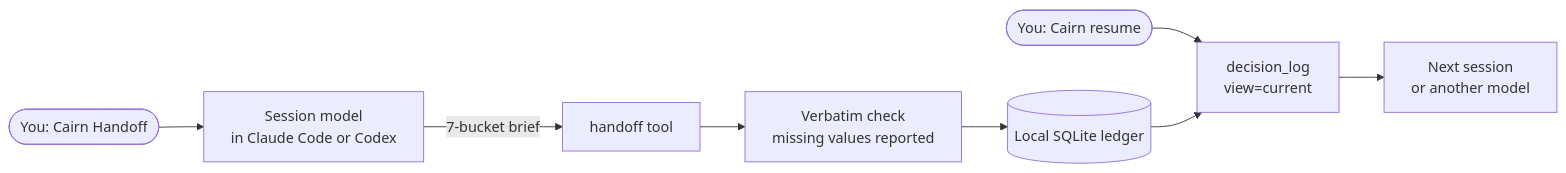
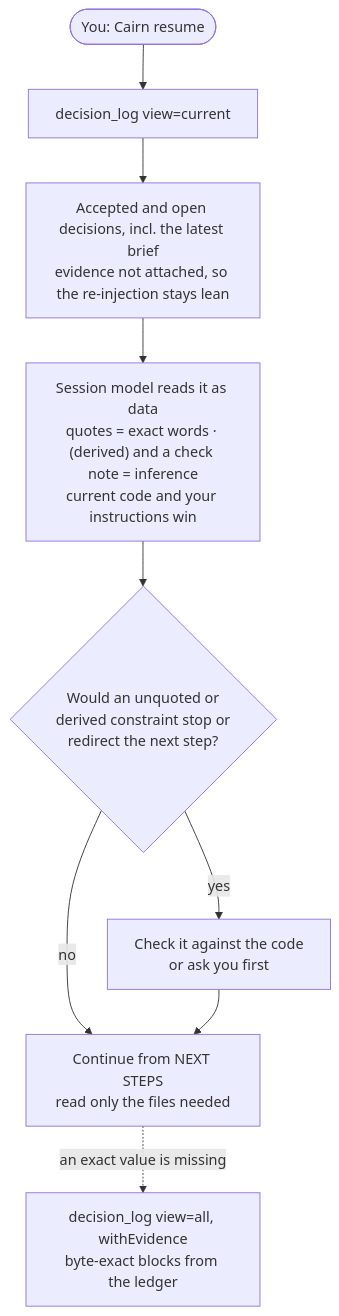
One commit to CheswickDEV/cairn changed the third of 8 diagrams in README.md. Above: the diagram before and after it, drawn with Mermaid. The commit also changed other lines of this file, not shown here.

First line of the commit message:
docs(readme): detailed diagrams of how Cairn works

````diff
--- a/README.md
+++ b/README.md
@@ -53,10 +141,11 @@
 ```mermaid
-flowchart LR
-    ask(["You: Cairn Handoff"]) --> host["Session model<br/>in Claude Code or Codex"]
-    host -->|"7-bucket brief"| handoff["handoff tool"]
-    handoff --> check["Verbatim check<br/>missing values reported"]
-    check --> ledger[("Local SQLite ledger")]
-    resume(["You: Cairn resume"]) --> log["decision_log<br/>view=current"]
-    ledger --> log
-    log --> next["Next session<br/>or another model"]
+flowchart TB
+    ask(["You: Cairn resume"]) --> current["decision_log view=current"]
+    current --> state["Accepted and open decisions, incl. the latest brief<br/>evidence not attached, so the re-injection stays lean"]
+    state --> read["Session model reads it as data<br/>quotes = exact words · (derived) and a check note = inference<br/>current code and your instructions win"]
+    read --> check{"Would an unquoted or<br/>derived constraint stop or<br/>redirect the next step?"}
+    check -->|"yes"| verify["Check it against the code<br/>or ask you first"]
+    check -->|"no"| next["Continue from NEXT STEPS<br/>read only the files needed"]
+    verify --> next
+    next -.->|"an exact value is missing"| all["decision_log view=all, withEvidence<br/>byte-exact blocks from the ledger"]
 ```
````
